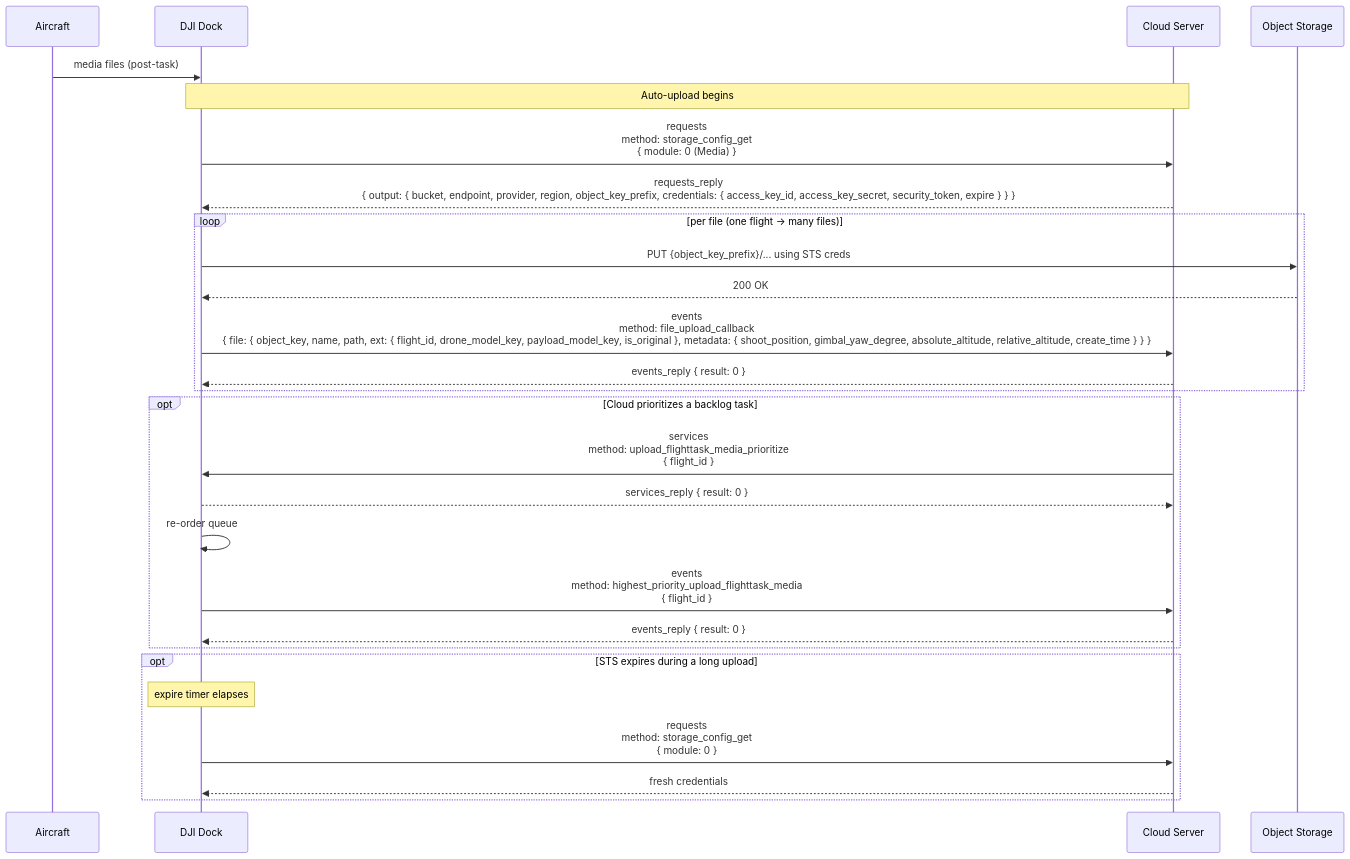
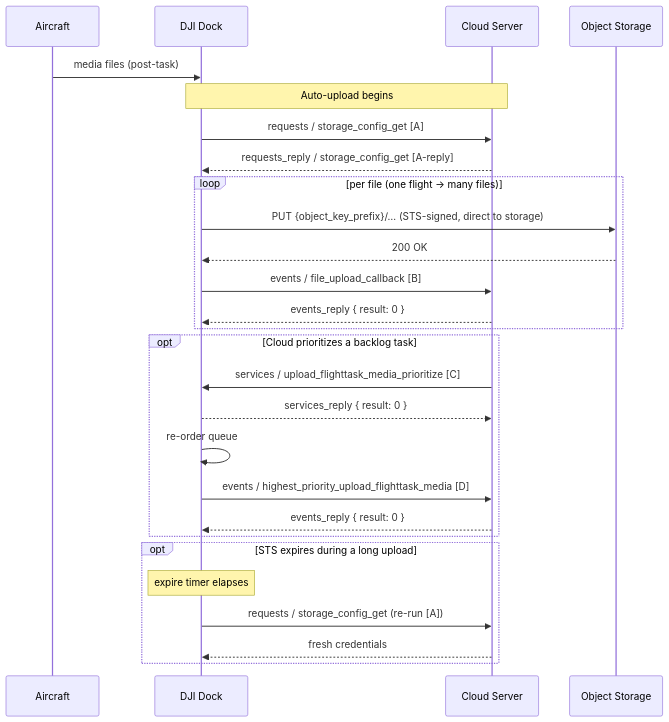
One commit to larry-watkins-wps/DJI-docs-master changed the first of 2 diagrams in master-docs/workflows/media-upload-from-dock.md. Above: the diagram before and after it, drawn with Mermaid. The commit also changed other lines of this file and 10 other files, not shown here.

First line of the commit message:
docs: beautify workflow mermaid diagrams with separate JSON payload blocks

````diff
--- a/master-docs/workflows/media-upload-from-dock.md
+++ b/master-docs/workflows/media-upload-from-dock.md
@@ -47,35 +47,34 @@
 ```mermaid
 sequenceDiagram
     participant aircraft as Aircraft
     participant dock as DJI Dock
     participant cloud as Cloud Server
     participant oss as Object Storage
 
     aircraft ->> dock: media files (post-task)
 
     note over dock,cloud: Auto-upload begins
-    dock ->> cloud: requests<br/>method: storage_config_get<br/>{ module: 0 (Media) }
-    cloud -->> dock: requests_reply<br/>{ output: { bucket, endpoint, provider, region, object_key_prefix, credentials: { access_key_id, access_key_secret, security_token, expire } } }
+    dock ->> cloud: requests / storage_config_get   [A]
+    cloud -->> dock: requests_reply / storage_config_get   [A-reply]
 
     loop per file (one flight → many files)
-        dock ->> oss: PUT {object_key_prefix}/... using STS creds
+        dock ->> oss: PUT {object_key_prefix}/… (STS-signed, direct to storage)
         oss -->> dock: 200 OK
-
-        dock ->> cloud: events<br/>method: file_upload_callback<br/>{ file: { object_key, name, path, ext: { flight_id, drone_model_key, payload_model_key, is_original }, metadata: { shoot_position, gimbal_yaw_degree, absolute_altitude, relative_altitude, create_time } } }
+        dock ->> cloud: events / file_upload_callback   [B]
         cloud -->> dock: events_reply { result: 0 }
     end
 
     opt Cloud prioritizes a backlog task
-        cloud ->> dock: services<br/>method: upload_flighttask_media_prioritize<br/>{ flight_id }
+        cloud ->> dock: services / upload_flighttask_media_prioritize   [C]
         dock -->> cloud: services_reply { result: 0 }
         dock ->> dock: re-order queue
-        dock ->> cloud: events<br/>method: highest_priority_upload_flighttask_media<br/>{ flight_id }
+        dock ->> cloud: events / highest_priority_upload_flighttask_media   [D]
         cloud -->> dock: events_reply { result: 0 }
     end
 
     opt STS expires during a long upload
         note over dock: expire timer elapses
-        dock ->> cloud: requests<br/>method: storage_config_get<br/>{ module: 0 }
+        dock ->> cloud: requests / storage_config_get   (re-run [A])
         cloud -->> dock: fresh credentials
     end
 ```
````
